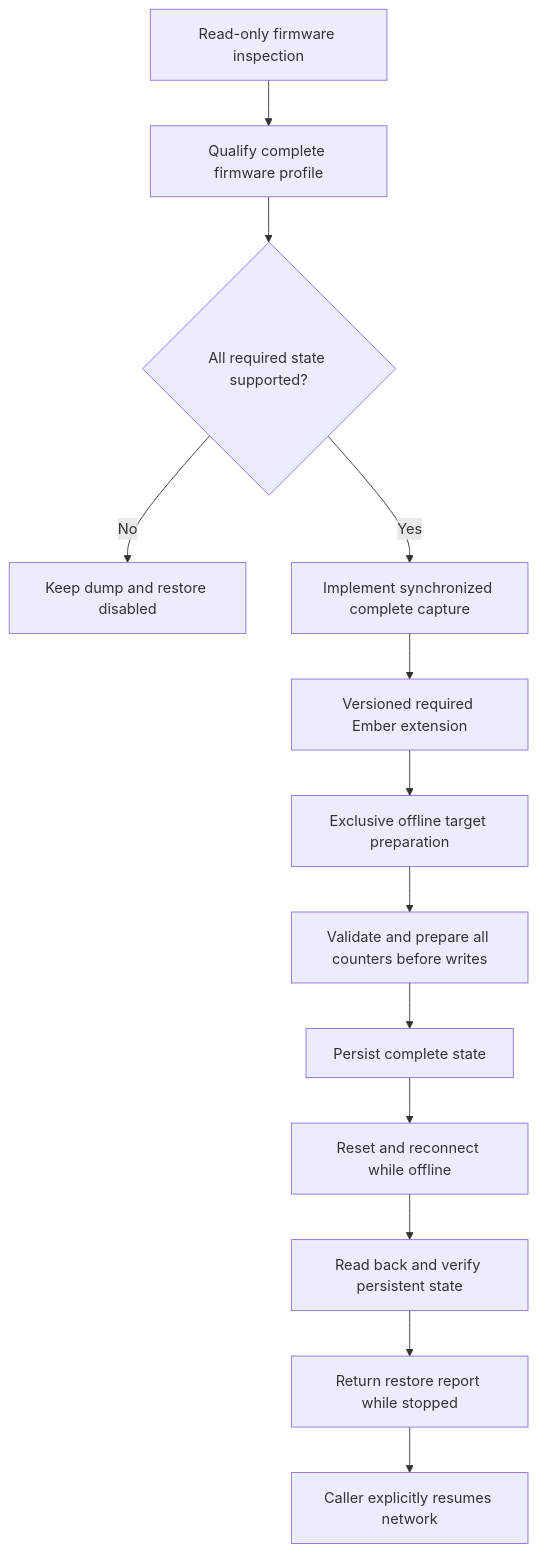
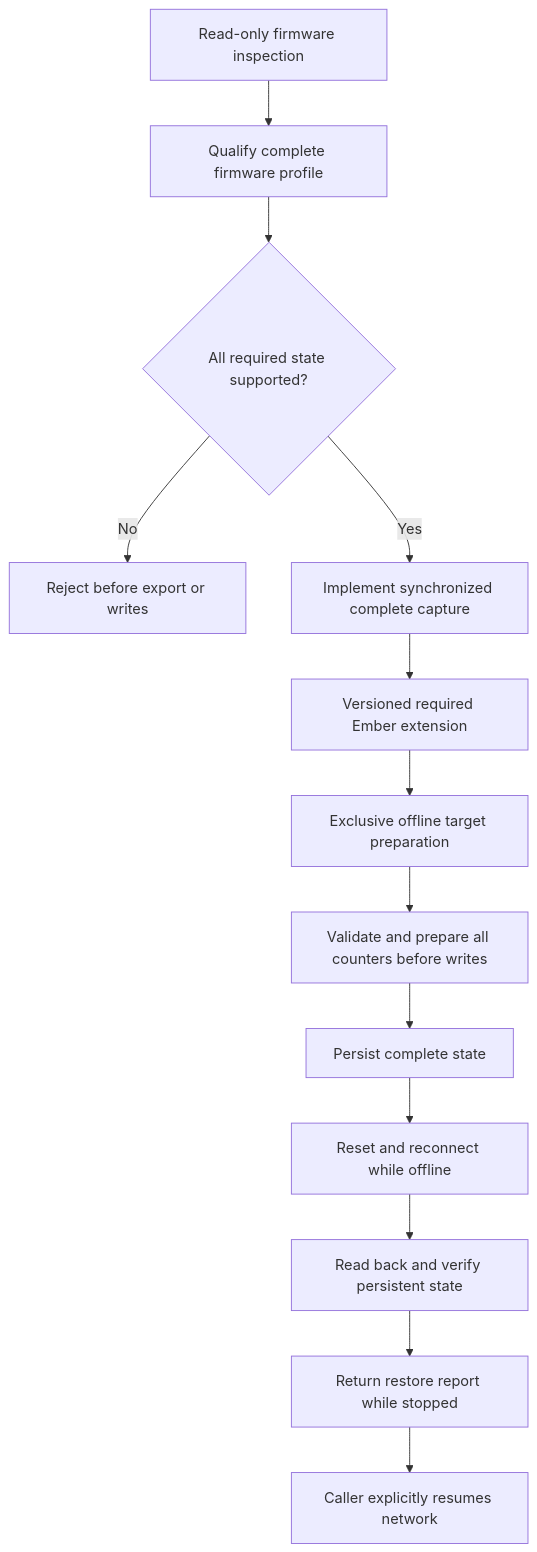
One commit to PaulmannLighting/ezsp changed the tenth of 11 diagrams in ARCHITECTURE.md. Above: the diagram before and after it, drawn with Mermaid. The commit also changed other lines of this file and 13 other files, not shown here.

````diff
--- a/ARCHITECTURE.md
+++ b/ARCHITECTURE.md
@@ -620,15 +623,15 @@
 ```mermaid
 flowchart TD
     inspect[Read-only firmware inspection] --> qualify[Qualify complete firmware profile]
     qualify --> gate{All required state supported?}
-    gate -->|No| reject[Keep dump and restore disabled]
+    gate -->|No| reject[Reject before export or writes]
     gate -->|Yes| capture[Implement synchronized complete capture]
     capture --> extension[Versioned required Ember extension]
     extension --> offline[Exclusive offline target preparation]
     offline --> validate[Validate and prepare all counters before writes]
     validate --> persist[Persist complete state]
     persist --> reconnect[Reset and reconnect while offline]
     reconnect --> verify[Read back and verify persistent state]
     verify --> report[Return restore report while stopped]
     report --> resume[Caller explicitly resumes network]
 ```
````
